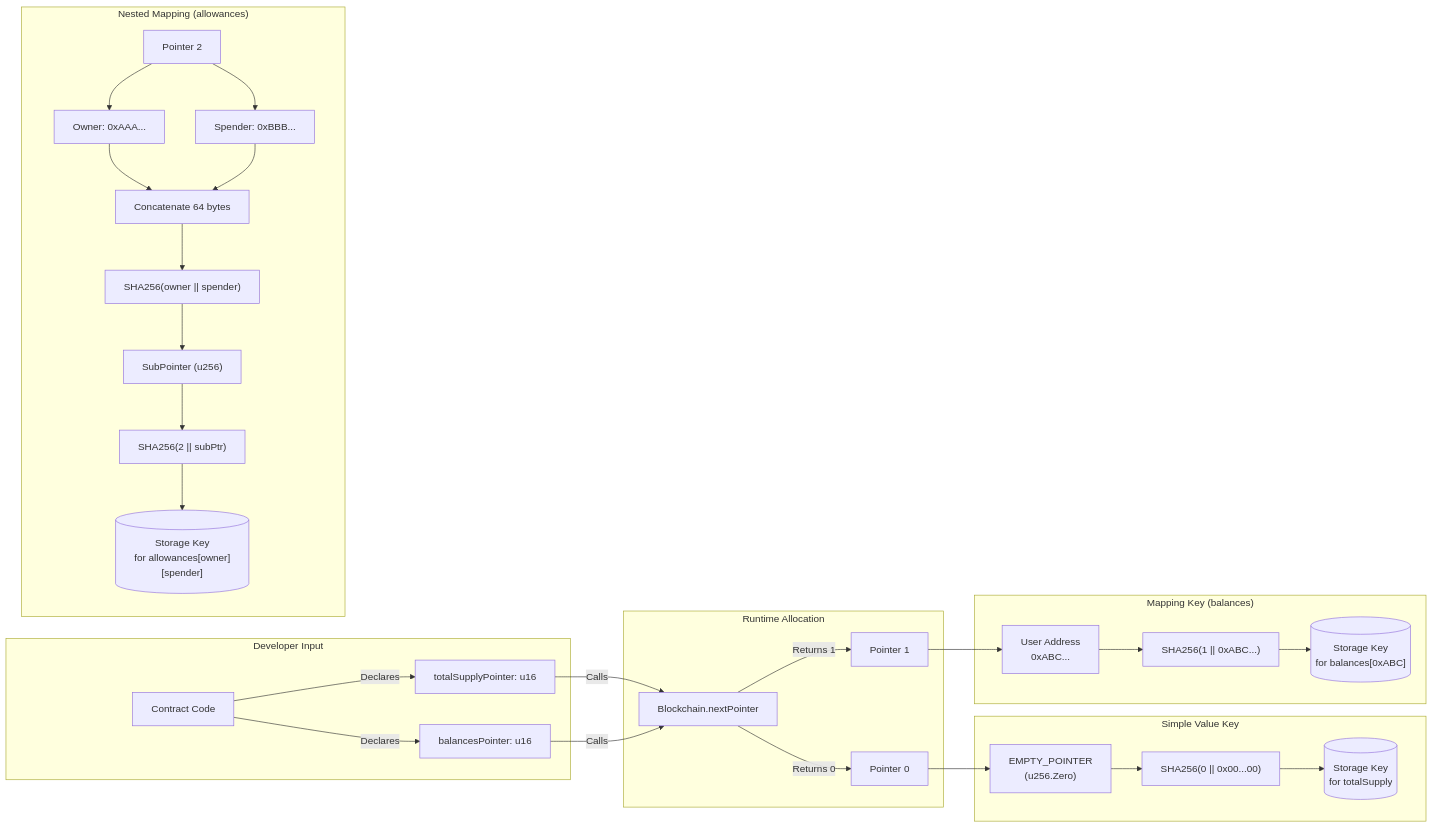
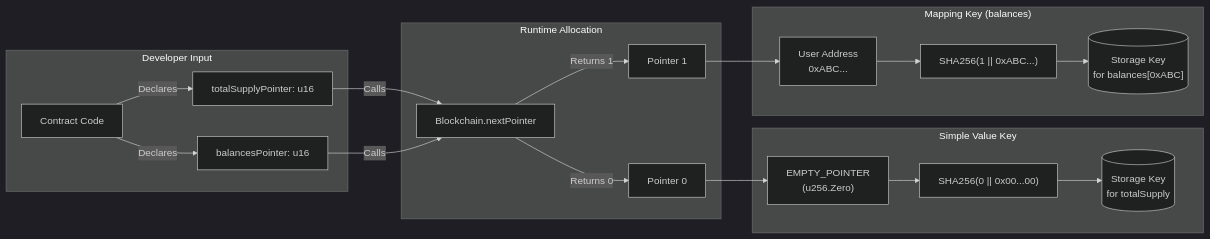
One commit to btc-vision/btc-runtime changed the third of 7 diagrams in docs/core-concepts/storage-system.md. Above: the diagram before and after it, drawn with Mermaid.

Commit message:
Add dark theme config to Mermaid diagram
Introduced a dark theme configuration to the Mermaid diagram in the storage key derivation flow section for improved readability. Also removed the nested mapping subgraph from the diagram.

````diff
--- a/docs/core-concepts/storage-system.md
+++ b/docs/core-concepts/storage-system.md
@@ -147,39 +147,32 @@
 ```mermaid
+---
+config:
+  theme: dark
+---
 flowchart LR
     subgraph Input["Developer Input"]
         DEV["Contract Code"]
         DEV -->|"Declares"| VAR1["totalSupplyPointer: u16"]
         DEV -->|"Declares"| VAR2["balancesPointer: u16"]
     end
 
     subgraph Allocation["Runtime Allocation"]
         BC["Blockchain.nextPointer"]
         VAR1 -->|"Calls"| BC
         VAR2 -->|"Calls"| BC
         BC -->|"Returns 0"| P0["Pointer 0"]
         BC -->|"Returns 1"| P1["Pointer 1"]
     end
 
     subgraph SimpleKey["Simple Value Key"]
         P0 --> EMPTY["EMPTY_POINTER<br/>(u256.Zero)"]
         EMPTY --> HASH1["SHA256(0 || 0x00...00)"]
         HASH1 --> KEY1[("Storage Key<br/>for totalSupply")]
     end
 
     subgraph MappingKey["Mapping Key (balances)"]
         P1 --> ADDR["User Address<br/>0xABC..."]
         ADDR --> HASH2["SHA256(1 || 0xABC...)"]
         HASH2 --> KEY2[("Storage Key<br/>for balances[0xABC]")]
     end
-
-    subgraph NestedKey["Nested Mapping (allowances)"]
-        P2["Pointer 2"] --> OWNER["Owner: 0xAAA..."]
-        P2 --> SPENDER["Spender: 0xBBB..."]
-        OWNER --> CONCAT["Concatenate 64 bytes"]
-        SPENDER --> CONCAT
-        CONCAT --> INNER["SHA256(owner || spender)"]
-        INNER --> SUBPTR["SubPointer (u256)"]
-        SUBPTR --> HASH3["SHA256(2 || subPtr)"]
-        HASH3 --> KEY3[("Storage Key<br/>for allowances[owner][spender]")]
-    end
 ```
````
